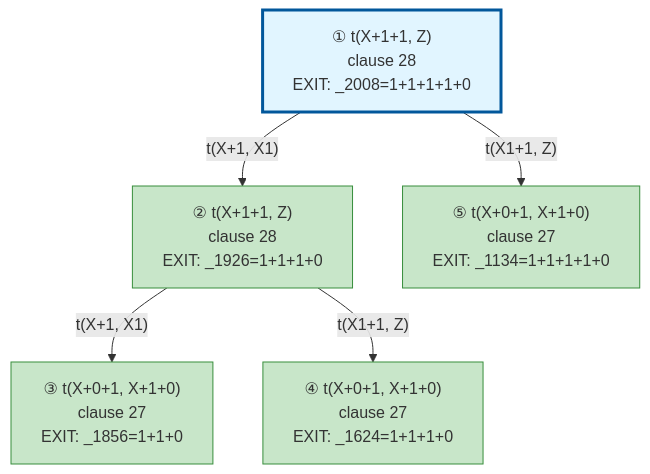
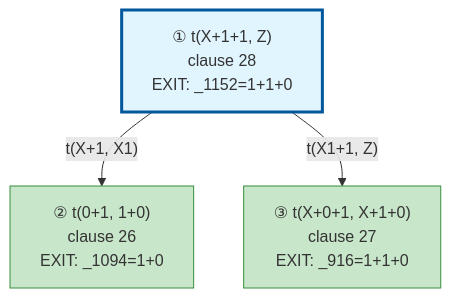
One commit to jarecsni/prolog-trace-viz changed the diagram in examples/3_3_operators-output.md. Above: the diagram before and after it, drawn with Mermaid. The commit also changed other lines of this file and 10 other files, not shown here.

Commit message:
✨ add nested timeline structure with hierarchical call display (#4)

````diff
--- a/examples/3_3_operators-output.md
+++ b/examples/3_3_operators-output.md
@@ -83,23 +49,17 @@
 ```mermaid
 graph TD
 
 %% Nodes
-A["① t(X+1+1, Z)<br/>clause 28<br/>EXIT: _2008=1+1+1+1+0"]
-B["② t(X+1+1, Z)<br/>clause 28<br/>EXIT: _1926=1+1+1+0"]
-C["③ t(X+0+1, X+1+0)<br/>clause 27<br/>EXIT: _1856=1+1+0"]
-D["④ t(X+0+1, X+1+0)<br/>clause 27<br/>EXIT: _1624=1+1+1+0"]
-E["⑤ t(X+0+1, X+1+0)<br/>clause 27<br/>EXIT: _1134=1+1+1+1+0"]
+A["① t(X+1+1, Z)<br/>clause 28<br/>EXIT: _1152=1+1+0"]
+B["② t(0+1, 1+0)<br/>clause 26<br/>EXIT: _1094=1+0"]
+C["③ t(X+0+1, X+1+0)<br/>clause 27<br/>EXIT: _916=1+1+0"]
 
 %% Edges
 A -->|"t(X+1, X1)"| B
-B -->|"t(X+1, X1)"| C
-B -->|"t(X1+1, Z)"| D
-A -->|"t(X1+1, Z)"| E
+A -->|"t(X1+1, Z)"| C
 
 %% Styles
 style A fill:#e1f5ff,stroke:#01579b,stroke-width:3px
 style B fill:#c8e6c9,stroke:#388e3c
 style C fill:#c8e6c9,stroke:#388e3c
-style D fill:#c8e6c9,stroke:#388e3c
-style E fill:#c8e6c9,stroke:#388e3c
 ```
````
